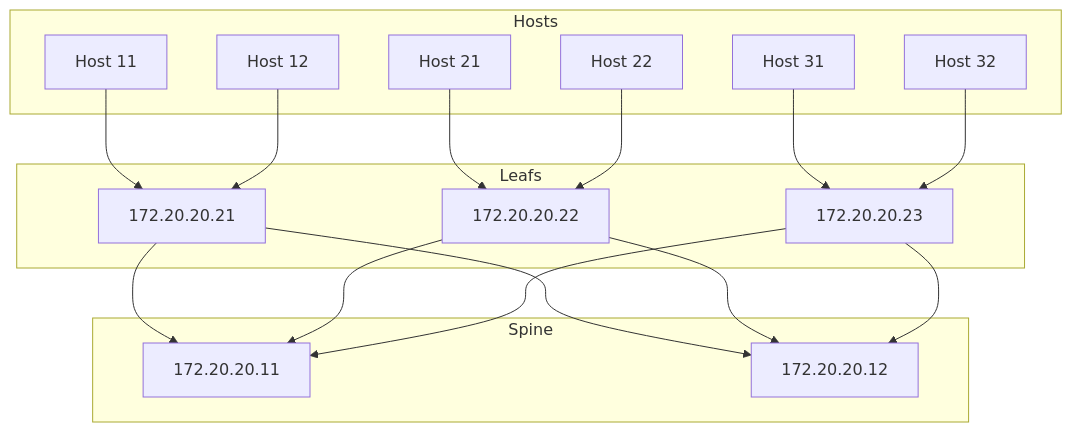
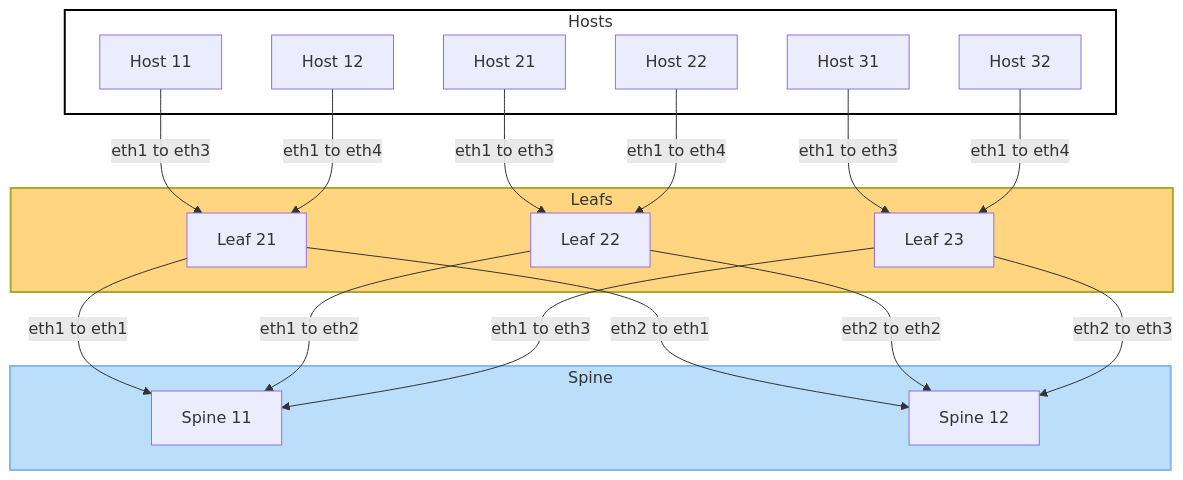
One commit to crollins18/dev changed the diagram in shepherdnet/src/bgp-frr.clab.mermaid. Above: the diagram before and after it, drawn with Mermaid. The commit also changed 7 other files, not shown here.

```diff
--- a/shepherdnet/src/bgp-frr.clab.mermaid
+++ b/shepherdnet/src/bgp-frr.clab.mermaid
@@ -1,39 +1,35 @@
-graph TD
-  %% Layer 1 - Hosts at the top
-  subgraph Hosts
-    host11[Host 11]
-    host12[Host 12]
-    host21[Host 21]
-    host22[Host 22]
-    host31[Host 31]
-    host32[Host 32]
+flowchart TD
+  subgraph Hosts["Hosts"]
+    host11["Host 11"]
+    host12["Host 12"]
+    host21["Host 21"]
+    host22["Host 22"]
+    host31["Host 31"]
+    host32["Host 32"]
+  end
+  subgraph Leafs["Leafs"]
+    172.20.20.21["Leaf 21"]
+    172.20.20.22["Leaf 22"]
+    172.20.20.23["Leaf 23"]
+  end
+  subgraph Spine["Spine"]
+    172.20.20.11["Spine 11"]
+    172.20.20.12["Spine 12"]
   end
 
-  %% Layer 2 - Intermediate Leafs in the middle
-  subgraph Leafs
-    172.20.20.21[172.20.20.21]
-    172.20.20.22[172.20.20.22]
-    172.20.20.23[172.20.20.23]
-  end
+  host11 -- eth1 to eth3 --> 172.20.20.21
+  host12 -- eth1 to eth4 --> 172.20.20.21
+  host21 -- eth1 to eth3 --> 172.20.20.22
+  host22 -- eth1 to eth4 --> 172.20.20.22
+  host31 -- eth1 to eth3 --> 172.20.20.23
+  host32 -- eth1 to eth4 --> 172.20.20.23
+  172.20.20.21 -- eth1 to eth1 --> 172.20.20.11
+  172.20.20.21 -- eth2 to eth1 --> 172.20.20.12
+  172.20.20.22 -- eth1 to eth2 --> 172.20.20.11
+  172.20.20.22 -- eth2 to eth2 --> 172.20.20.12
+  172.20.20.23 -- eth1 to eth3 --> 172.20.20.11
+  172.20.20.23 -- eth2 to eth3 --> 172.20.20.12
 
-  %% Layer 3 - Top Spines at the bottom
-  subgraph Spine
-    172.20.20.11[172.20.20.11]
-    172.20.20.12[172.20.20.12]
-  end
-
-  %% Connections from Layer 1 to Layer 2
-  host11 --> 172.20.20.21
-  host12 --> 172.20.20.21
-  host21 --> 172.20.20.22
-  host22 --> 172.20.20.22
-  host31 --> 172.20.20.23
-  host32 --> 172.20.20.23
-
-  %% Connections from Layer 2 to Layer 3
-  172.20.20.21 --> 172.20.20.11
-  172.20.20.21 --> 172.20.20.12
-  172.20.20.22 --> 172.20.20.11
-  172.20.20.22 --> 172.20.20.12
-  172.20.20.23 --> 172.20.20.11
-  172.20.20.23 --> 172.20.20.12
+  style Hosts fill:#FFFFFF,stroke:#000000,stroke-width:2px
+  style Leafs fill:#FFD580,stroke:##FFB92B,stroke-width:2px
+  style Spine fill:#BBDEFB,stroke:#8AB6F2,stroke-width:2px
```
